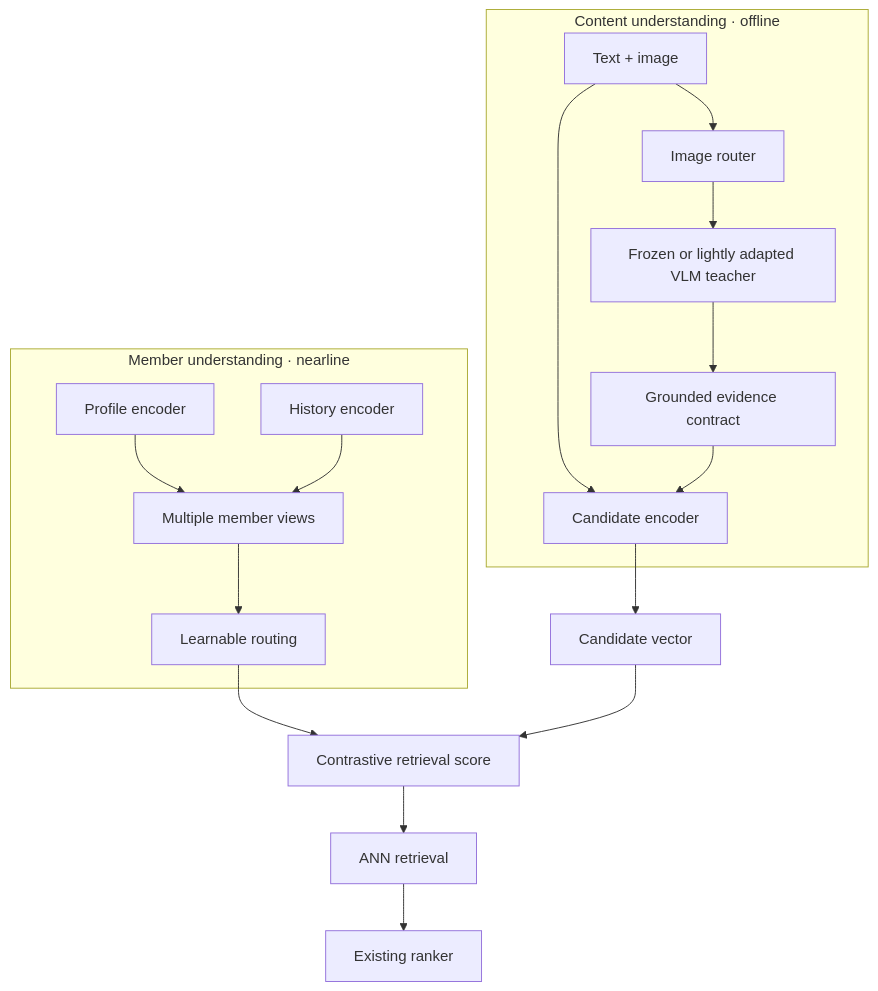
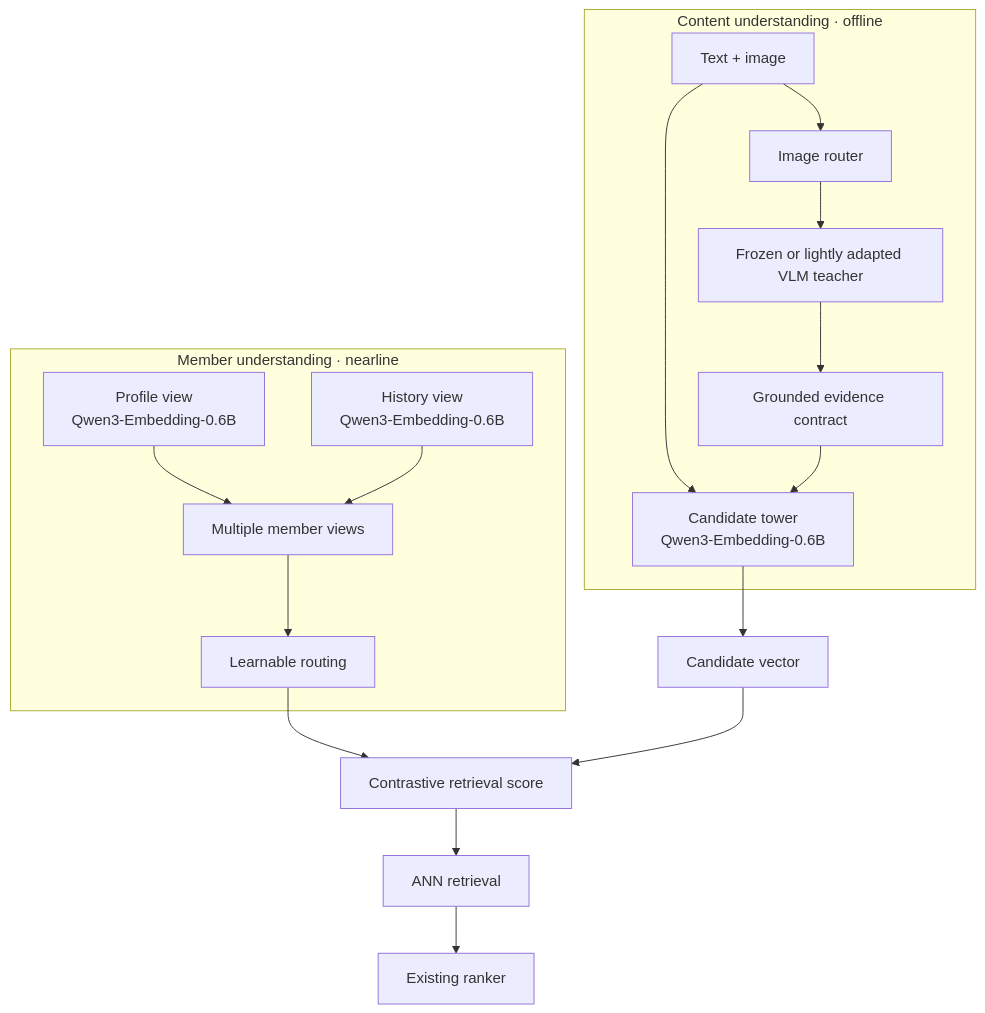
Before and after one commit to tianyi-zhang-02/cooking-agi: the second of 3 diagrams in 01-data-and-feedback/noise-to-signal-retrieval.en.md, drawn with Mermaid. The commit also changed other lines of this file and 2 other files, not shown here.

Commit message:
Explain retrieval architecture and model selection

````diff
--- a/01-data-and-feedback/noise-to-signal-retrieval.en.md
+++ b/01-data-and-feedback/noise-to-signal-retrieval.en.md
@@ -68,20 +68,20 @@
 ```mermaid
 flowchart TB
     subgraph C["Content understanding · offline"]
         A["Text + image"] --> B["Image router"]
         B --> C1["Frozen or lightly adapted VLM teacher"]
         C1 --> D["Grounded evidence contract"]
-        A --> E["Candidate encoder"]
+        A --> E["Candidate tower<br/>Qwen3-Embedding-0.6B"]
         D --> E
     end
     subgraph U["Member understanding · nearline"]
-        F["Profile encoder"] --> H["Multiple member views"]
-        G["History encoder"] --> H
+        F["Profile view<br/>Qwen3-Embedding-0.6B"] --> H["Multiple member views"]
+        G["History view<br/>Qwen3-Embedding-0.6B"] --> H
         H --> I["Learnable routing"]
     end
     E --> J["Candidate vector"]
     I --> K["Contrastive retrieval score"]
     J --> K
     K --> L["ANN retrieval"]
     L --> M["Existing ranker"]
 ```
````
